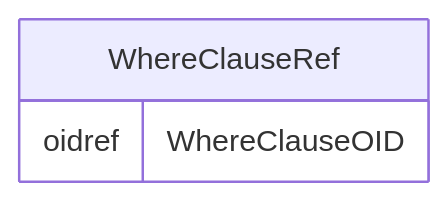
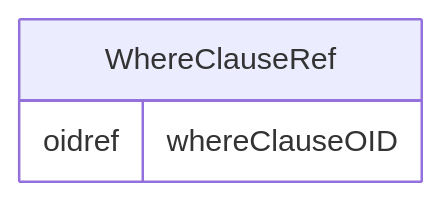
One commit to cdisc-org/DataExchange-ODM-LinkML changed the diagram in docs/WhereClauseRef.md. Above: the diagram before and after it, drawn with Mermaid. The commit also changed other lines of this file and 759 other files, not shown here.

````diff
--- a/docs/WhereClauseRef.md
+++ b/docs/WhereClauseRef.md
@@ -11,9 +11,9 @@
 ```mermaid
 erDiagram
 WhereClauseRef {
-    oidref WhereClauseOID  
+    oidref whereClauseOID  
 }
 
 
 
 ```
````
